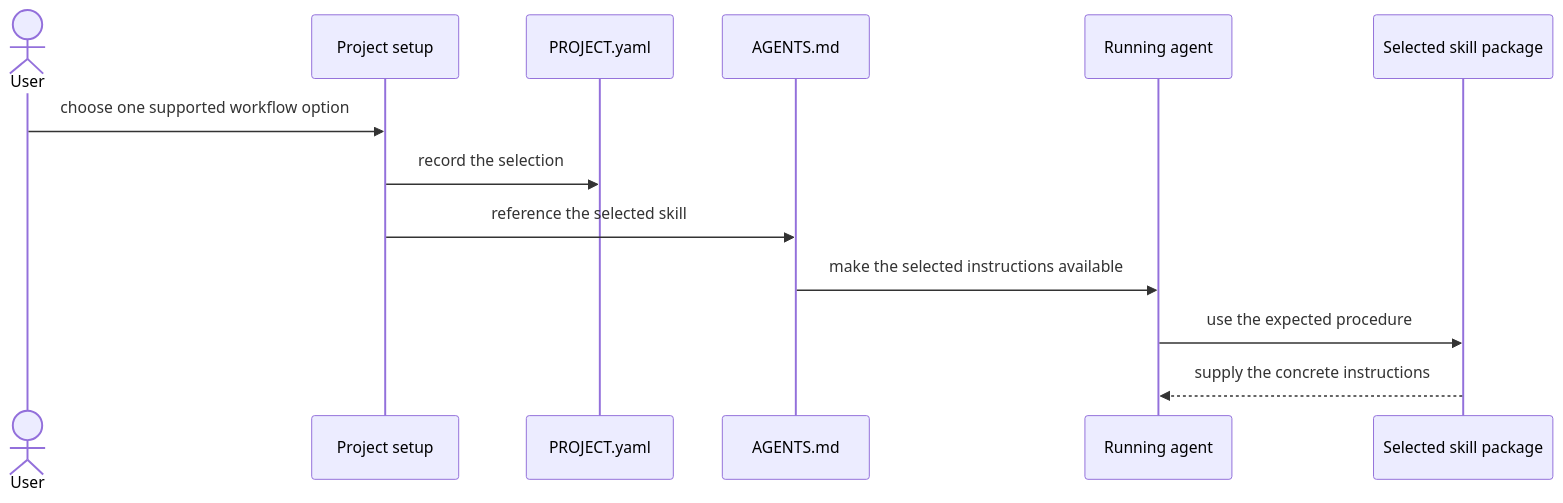
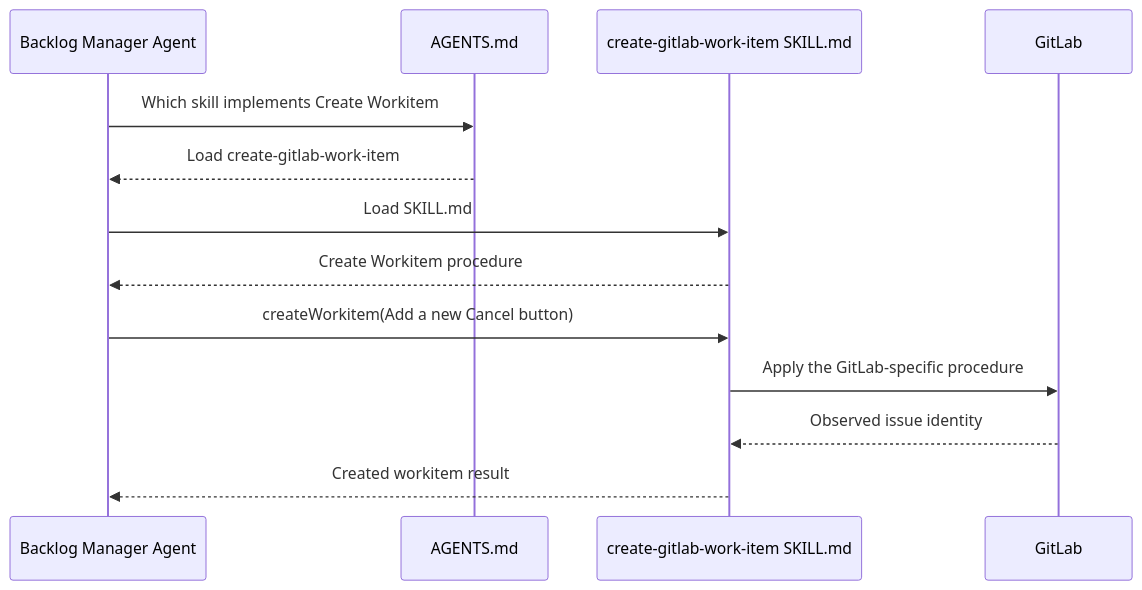
One commit to martinbechard/dev-methodology changed the sixth of 10 diagrams in design/object-oriented-agent-and-skill-model.md. Above: the diagram before and after it, drawn with Mermaid. The commit also changed other lines of this file and 2 other files, not shown here.

Commit message:
Clarify injectable and coupled skill model

````diff
--- a/design/object-oriented-agent-and-skill-model.md
+++ b/design/object-oriented-agent-and-skill-model.md
@@ -114,16 +240,16 @@
 ```mermaid
 sequenceDiagram
-    actor User
-    participant Setup as Project setup
-    participant Project as PROJECT.yaml
+    participant Agent as Backlog Manager Agent
     participant Guidance as AGENTS.md
-    participant Agent as Running agent
-    participant Skill as Selected skill package
+    participant Skill as create-gitlab-work-item SKILL.md
+    participant GitLab
 
-    User->>Setup: choose one supported workflow option
-    Setup->>Project: record the selection
-    Setup->>Guidance: reference the selected skill
-    Guidance->>Agent: make the selected instructions available
-    Agent->>Skill: use the expected procedure
-    Skill-->>Agent: supply the concrete instructions
+    Agent->>Guidance: Which skill implements Create Workitem
+    Guidance-->>Agent: Load create-gitlab-work-item
+    Agent->>Skill: Load SKILL.md
+    Skill-->>Agent: Create Workitem procedure
+    Agent->>Skill: createWorkitem(Add a new Cancel button)
+    Skill->>GitLab: Apply the GitLab-specific procedure
+    GitLab-->>Skill: Observed issue identity
+    Skill-->>Agent: Created workitem result
 ```
````
